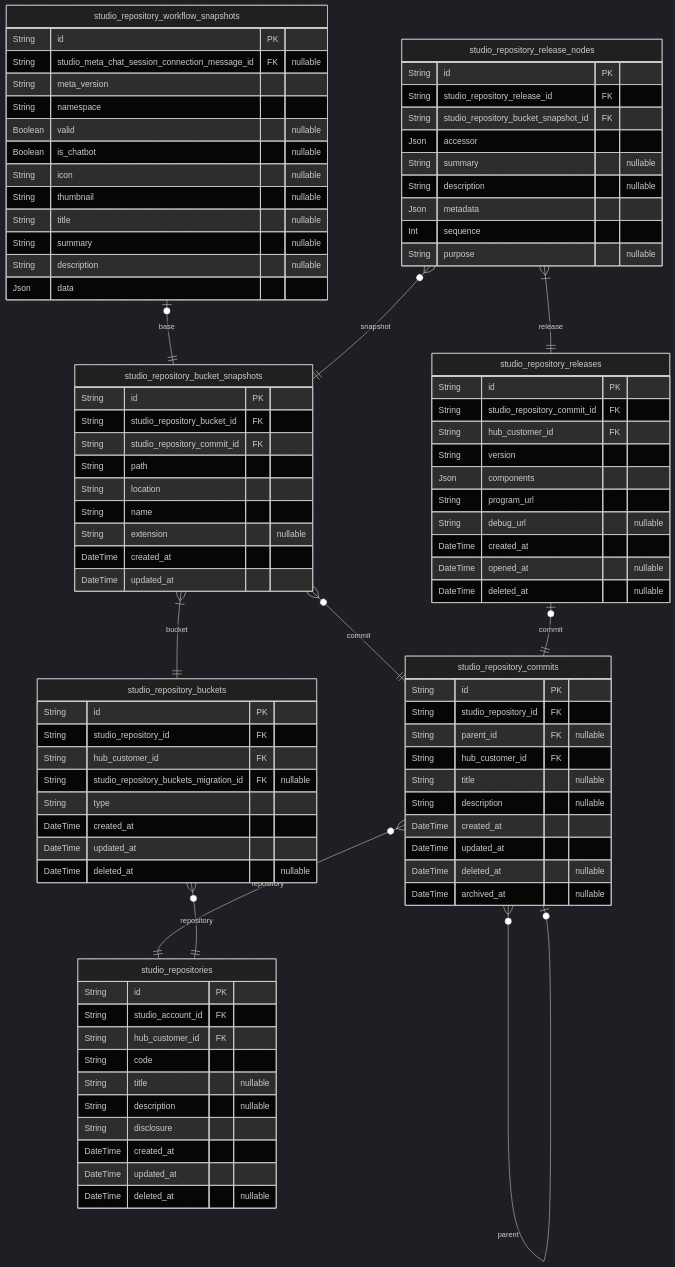
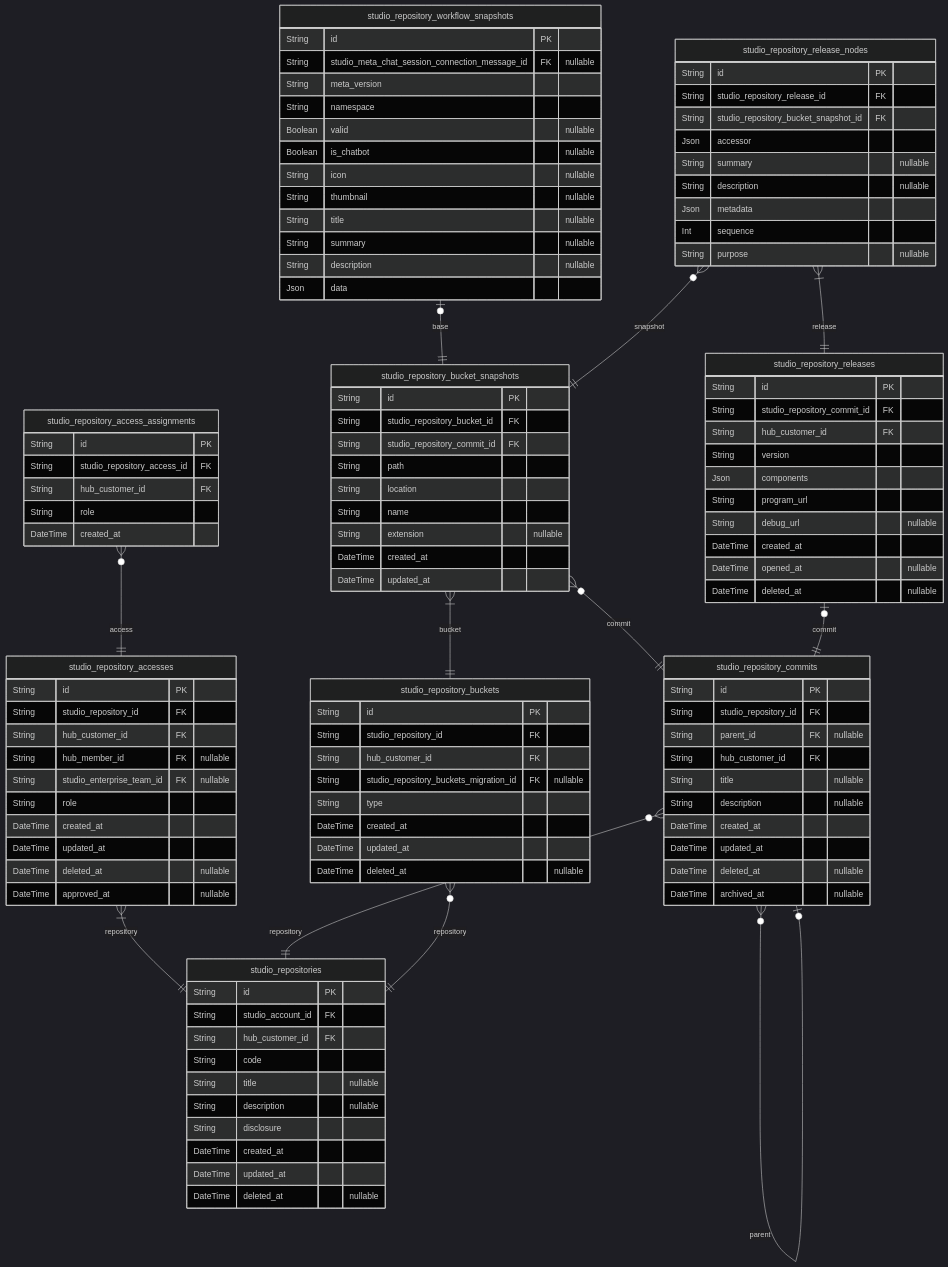
Before and after one commit to wrtnio/studio-pro: the second of 3 diagrams in pages/tech-specs/workflow/schema.mdx, drawn with Mermaid (dark theme). The commit also changed other lines of this file, not shown here.

Commit message:
Completion of workflow schema

```diff
--- a/pages/tech-specs/workflow/schema.mdx
+++ b/pages/tech-specs/workflow/schema.mdx
@@ -68,6 +163,25 @@
   DateTime created_at
   DateTime updated_at
   DateTime deleted_at "nullable"
+}
+"studio_repository_accesses" {
+  String id PK
+  String studio_repository_id FK
+  String hub_customer_id FK
+  String hub_member_id FK "nullable"
+  String studio_enterprise_team_id FK "nullable"
+  String role
+  DateTime created_at
+  DateTime updated_at
+  DateTime deleted_at "nullable"
+  DateTime approved_at "nullable"
+}
+"studio_repository_access_assignments" {
+  String id PK
+  String studio_repository_access_id FK
+  String hub_customer_id FK
+  String role
+  DateTime created_at
 }
 "studio_repository_commits" {
   String id PK
@@ -139,6 +253,8 @@
   Int sequence
   String purpose "nullable"
 }
+"studio_repository_accesses" }|--|| "studio_repositories" : repository
+"studio_repository_access_assignments" }o--|| "studio_repository_accesses" : access
 "studio_repository_commits" }o--|| "studio_repositories" : repository
 "studio_repository_commits" }o--o| "studio_repository_commits" : parent
 "studio_repository_buckets" }o--|| "studio_repositories" : repository
```
